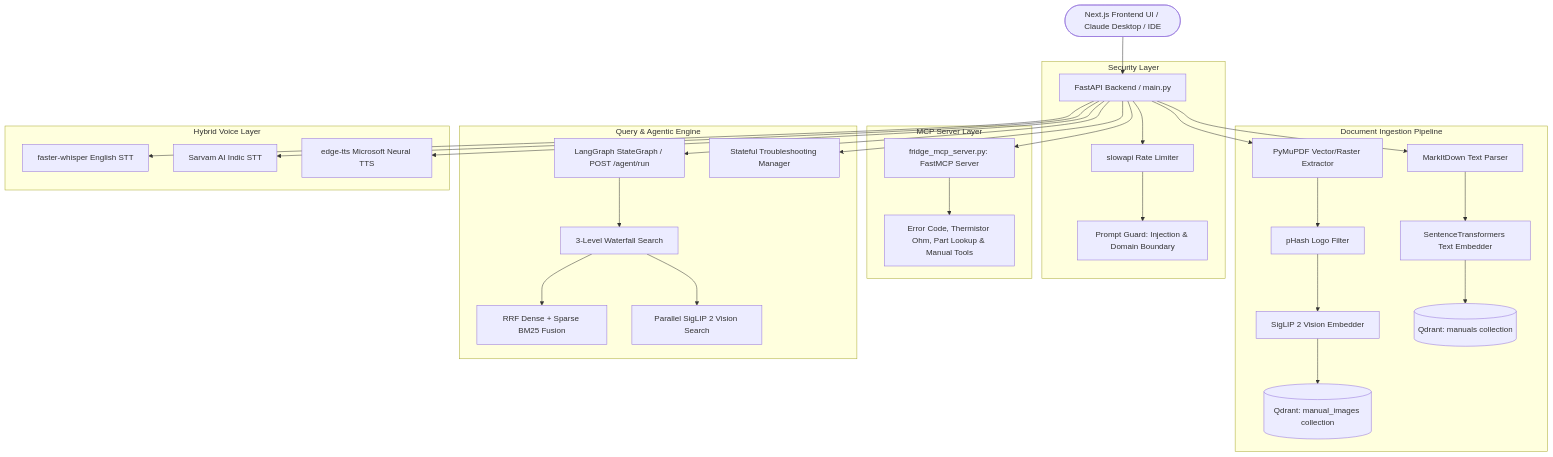
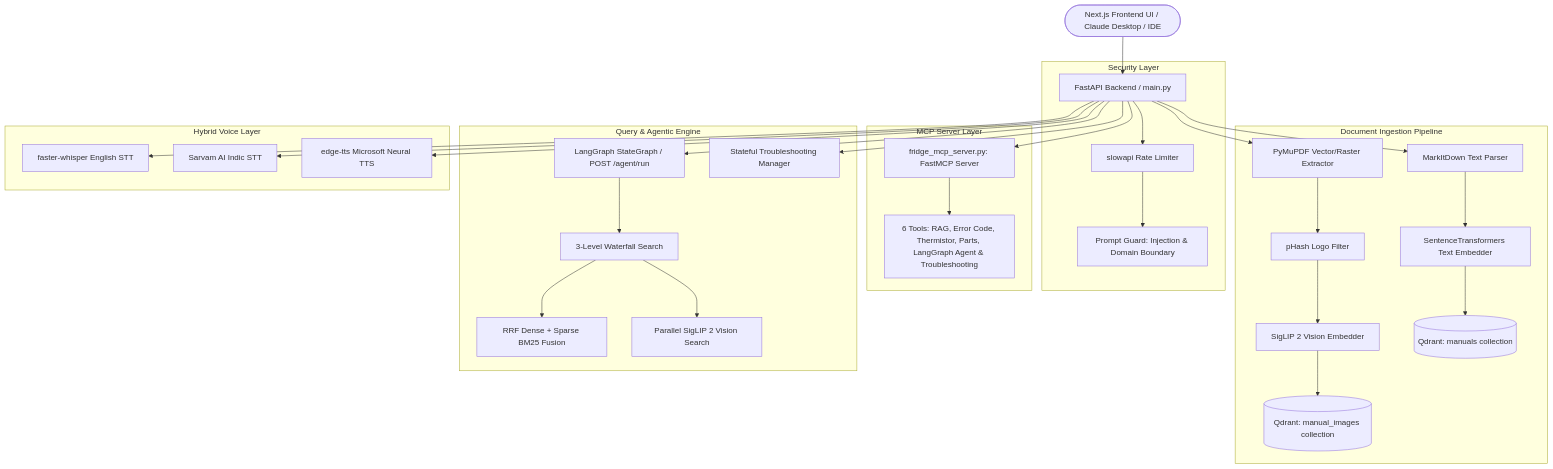
One commit to Santhosh-p653/rag-multimodal-assistant changed the diagram in README.md. Above: the diagram before and after it, drawn with Mermaid. The commit also changed other lines of this file and 5 other files, not shown here.

````diff
--- a/README.md
+++ b/README.md
@@ -92,38 +111,38 @@
 ```mermaid
 graph TD
     Client([Next.js Frontend UI / Claude Desktop / IDE]) --> API[FastAPI Backend / main.py]
     
     subgraph Security Layer
         API --> RateLimiter[slowapi Rate Limiter]
         RateLimiter --> PromptGuard[Prompt Guard: Injection & Domain Boundary]
     end
 
     subgraph MCP Server Layer
         API --> MCPServer[fridge_mcp_server.py: FastMCP Server]
-        MCPServer --> MCPTools[Error Code, Thermistor Ohm, Part Lookup & Manual Tools]
+        MCPServer --> MCPTools[6 Tools: RAG, Error Code, Thermistor, Parts, LangGraph Agent & Troubleshooting]
     end
 
     subgraph Document Ingestion Pipeline
         API --> MarkItDown[MarkItDown Text Parser]
         API --> PyMuPDF[PyMuPDF Vector/Raster Extractor]
         PyMuPDF --> pHash[pHash Logo Filter]
         pHash --> SigLIPIngest[SigLIP 2 Vision Embedder]
         MarkItDown --> TextEmbedder[SentenceTransformers Text Embedder]
         TextEmbedder --> QdrantText[(Qdrant: manuals collection)]
         SigLIPIngest --> QdrantImg[(Qdrant: manual_images collection)]
     end
 
     subgraph Query & Agentic Engine
         API --> LangGraphEngine[LangGraph StateGraph / POST /agent/run]
         API --> TroubleshootEngine[Stateful Troubleshooting Manager]
         LangGraphEngine --> HierarchicalSearch[3-Level Waterfall Search]
         HierarchicalSearch --> RRF[RRF Dense + Sparse BM25 Fusion]
         HierarchicalSearch --> ParallelVision[Parallel SigLIP 2 Vision Search]
     end
 
     subgraph Hybrid Voice Layer
         API --> Whisper[faster-whisper English STT]
         API --> Sarvam[Sarvam AI Indic STT]
         API --> EdgeTTS[edge-tts Microsoft Neural TTS]
     end
 ```
````
